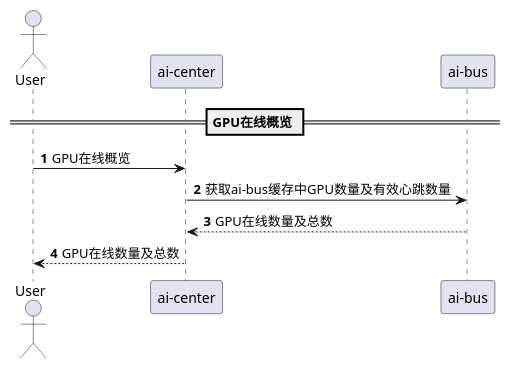
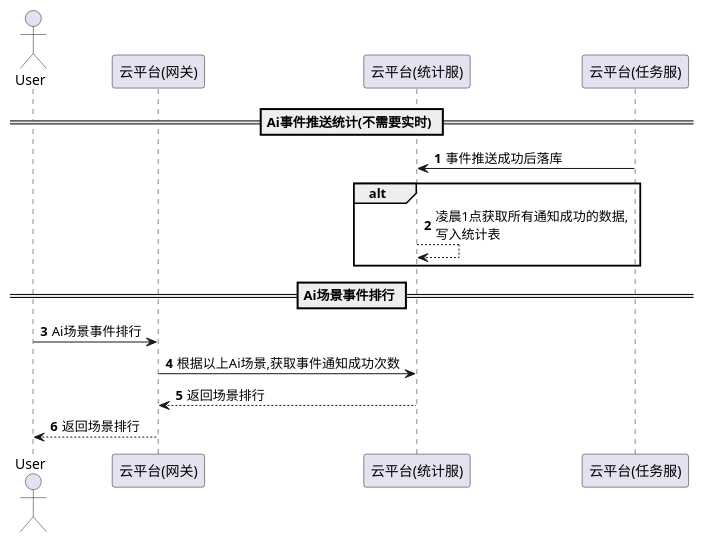
One commit to zjzjzjzj1874/demo changed the diagram in 数量统计/Ai场景事件排行.puml. Above: the diagram before and after it, drawn with PlantUML. The commit also changed 15 other files, not shown here.

Commit message:
feat:plain uml:how to draw a uml

```diff
--- a/数量统计/Ai场景事件排行.puml
+++ b/数量统计/Ai场景事件排行.puml
@@ -1,13 +1,22 @@
 @startuml
 autonumber
-== GPU在线概览 ==
+== Ai事件推送统计(不需要实时) ==
 actor User as user
-participant "ai-center" as center
-participant "ai-bus" as bus
+participant "云平台(网关)" as gw
+participant "云平台(统计服)" as st
+participant "云平台(任务服)" as notify
 
-user -> center : GPU在线概览
-bus <- center : 获取ai-bus缓存中GPU数量及有效心跳数量
-bus --> center : GPU在线数量及总数
-center --> user : GPU在线数量及总数
+notify -> st : 事件推送成功后落库
+alt
+    st --> st : 凌晨1点获取所有通知成功的数据,\n写入统计表
+end
+
+== Ai场景事件排行 ==
+
+user -> gw : Ai场景事件排行
+'gw <-- gw : 查询Ai场景
+gw -> st : 根据以上Ai场景,获取事件通知成功次数
+gw <-- st : 返回场景排行
+gw --> user : 返回场景排行
 
 @enduml
```
